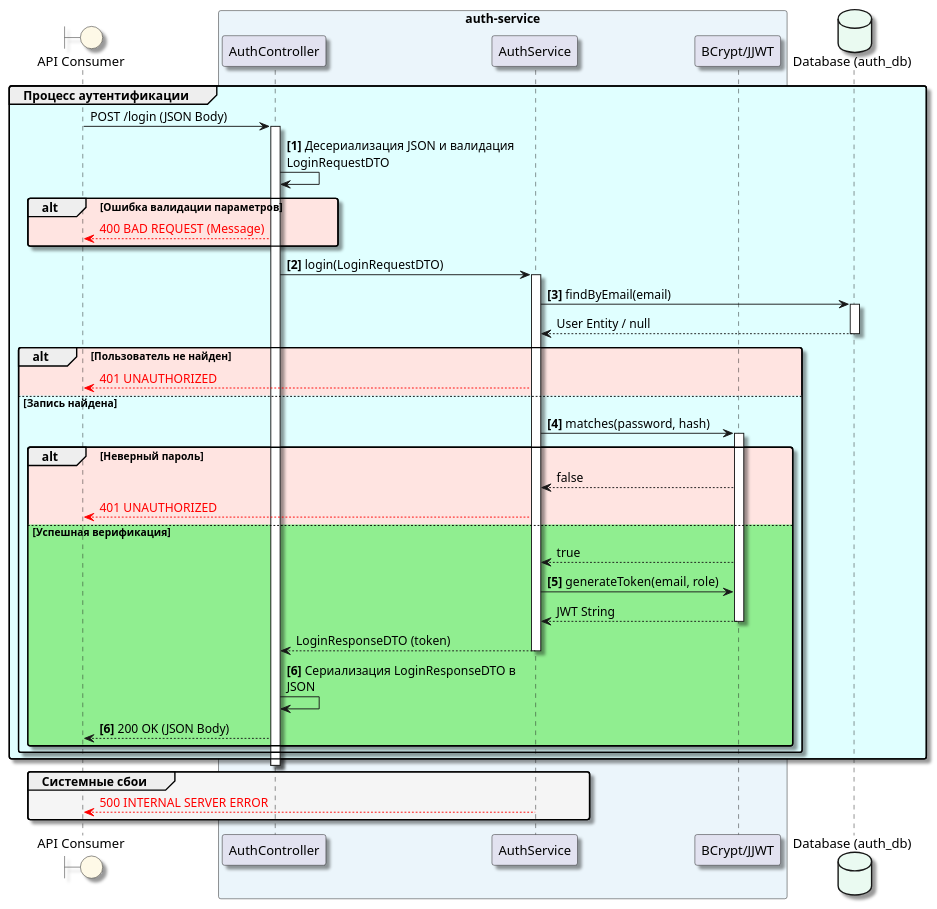
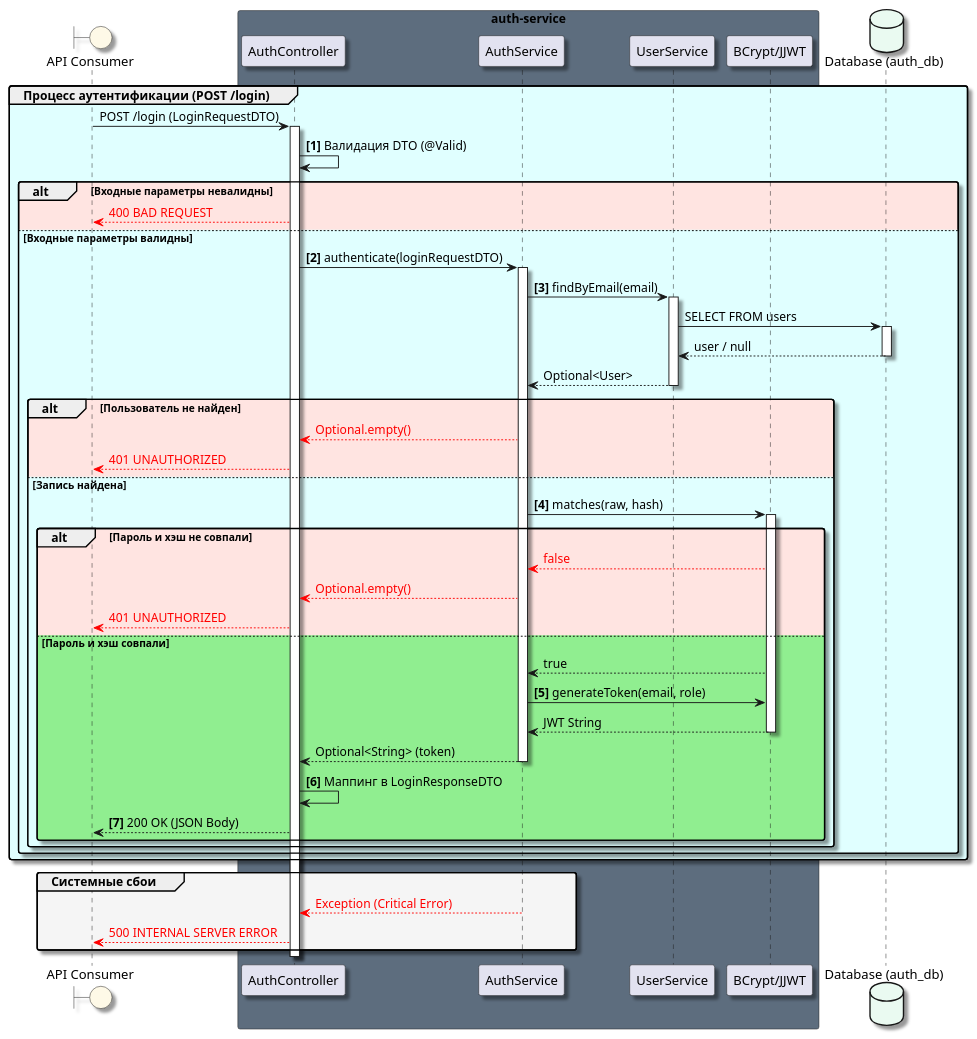
The diagram in Docs/As is/Diagrams/POST.login.puml (ni1a207/Healthcare-System), drawn with PlantUML before and after one commit. The commit also changed 6 other files, not shown here.

```diff
--- a/Docs/As is/Diagrams/POST.login.puml
+++ b/Docs/As is/Diagrams/POST.login.puml
@@ -1,62 +1,74 @@
 @startuml
 skinparam Shadowing true
 skinparam RoundCorner 5
 skinparam MaxMessageSize 250
 
 boundary "API Consumer" as AC #FEF9E7
-box "auth-service" #EBF5FB
+
+box "auth-service" #5D6D7E
     participant "AuthController" as Ctrl
     participant "AuthService" as Service
+    participant "UserService" as USrv
     participant "BCrypt/JJWT" as Utils
 end box
+
 database "Database (auth_db)" as DB #EAFAF1
 
-group #LightCyan Процесс аутентификации
-    AC -> Ctrl: POST /login (JSON Body)
+group #LightCyan Процесс аутентификации (POST /login)
+    AC -> Ctrl: POST /login (LoginRequestDTO)
     activate Ctrl
 
-    Ctrl -> Ctrl: **[1]** Десериализация JSON и валидация LoginRequestDTO
+    Ctrl -> Ctrl: **[1]** Валидация DTO (@Valid)
 
-    alt #MistyRose Ошибка валидации параметров
-        Ctrl --[#red]> AC: <color:#red>400 BAD REQUEST (Message)</color>
-    end
+    alt #MistyRose Входные параметры невалидны
+        Ctrl --[#red]> AC: <color:#red>400 BAD REQUEST</color>
+    else #LightCyan Входные параметры валидны
 
-    Ctrl -> Service: **[2]** login(LoginRequestDTO)
-    activate Service
+        Ctrl -> Service: **[2]** authenticate(loginRequestDTO)
+        activate Service
 
-    Service -> DB: **[3]** findByEmail(email)
-    activate DB
-    DB --> Service: User Entity / null
-    deactivate DB
+        Service -> USrv: **[3]** findByEmail(email)
+        activate USrv
+        USrv -> DB: SELECT FROM users
+        activate DB
+        DB --> USrv: user / null
+        deactivate DB
+        USrv --> Service: Optional<User>
+        deactivate USrv
 
-    alt #MistyRose Пользователь не найден
-        Service --[#red]> AC: <color:#red>401 UNAUTHORIZED</color>
-    else #LightCyan Запись найдена
-        Service -> Utils: **[4]** matches(password, hash)
-        activate Utils
+        alt #MistyRose Пользователь не найден
+            Service --[#red]>  Ctrl: <color:#red>Optional.empty()</color>
+            Ctrl --[#red]> AC: <color:#red>401 UNAUTHORIZED</color>
+        else #LightCyan Запись найдена
 
-        alt #MistyRose Неверный пароль
-            Utils --> Service: false
-            Service --[#red]> AC: <color:#red>401 UNAUTHORIZED</color>
-        else #LightGreen Успешная верификация
-            Utils --> Service: true
+            Service -> Utils: **[4]** matches(raw, hash)
+            activate Utils
 
-            Service -> Utils: **[5]** generateToken(email, role)
-            Utils --> Service: JWT String
-            deactivate Utils
+            alt #MistyRose Пароль и хэш не совпали
+                Utils --[#red]>  Service: <color:#red>false</color>
+                Service --[#red]>  Ctrl: <color:#red>Optional.empty()</color>
+                Ctrl --[#red]> AC: <color:#red>401 UNAUTHORIZED</color>
+            else #LightGreen Пароль и хэш совпали
+                Utils --> Service: true
 
-            Service --> Ctrl: LoginResponseDTO (token)
-            deactivate Service
+                Service -> Utils: **[5]** generateToken(email, role)
+                Utils --> Service: JWT String
+                deactivate Utils
 
-            Ctrl -> Ctrl: **[6]** Сериализация LoginResponseDTO в JSON
-            Ctrl --> AC: **[6]** 200 OK (JSON Body)
+                Service --> Ctrl: Optional<String> (token)
+                deactivate Service
+
+                Ctrl -> Ctrl: **[6]** Маппинг в LoginResponseDTO
+                Ctrl --> AC: **[7]** 200 OK (JSON Body)
+            end
         end
     end
 end
 
+group #WhiteSmoke Системные сбои
+    Service --[#red]> Ctrl: <color:#red>Exception (Critical Error)</color>
+    Ctrl --[#red]> AC: <color:#red>500 INTERNAL SERVER ERROR</color>
+end
+
 deactivate Ctrl
-
-group #WhiteSmoke Системные сбои
-    Service --[#red]> AC: <color:#red>500 INTERNAL SERVER ERROR</color>
-end
 @enduml
```
